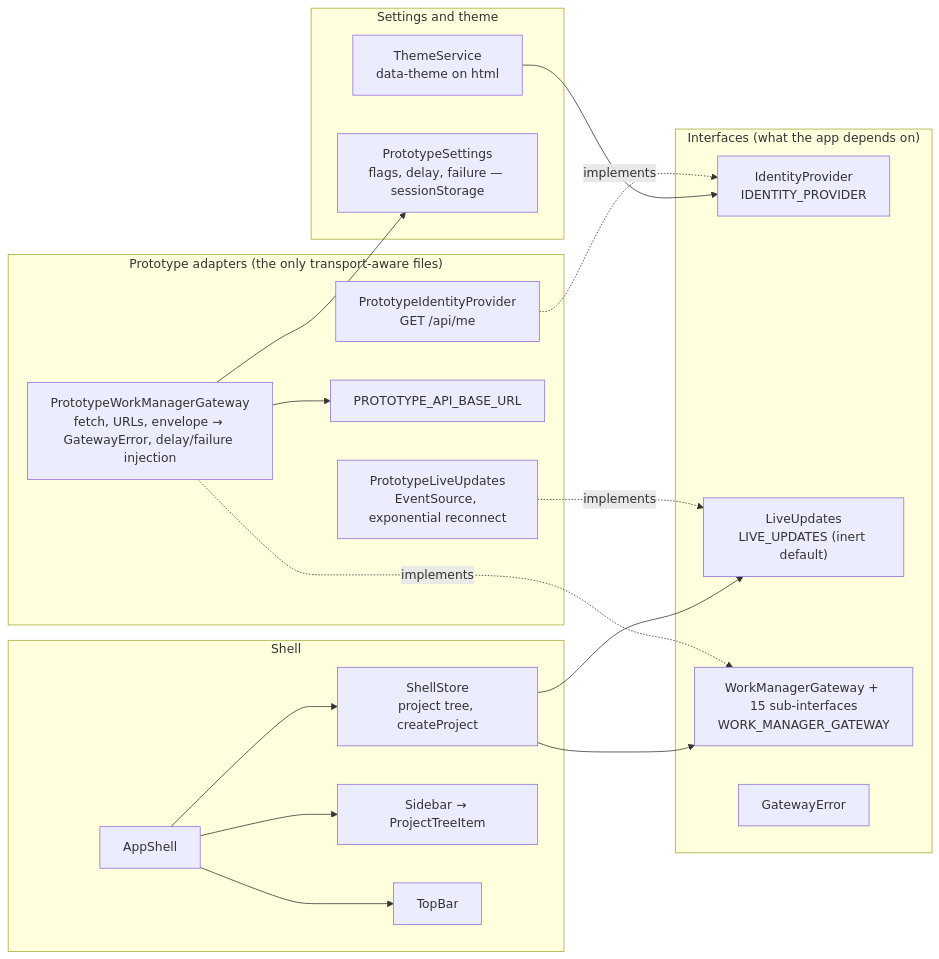
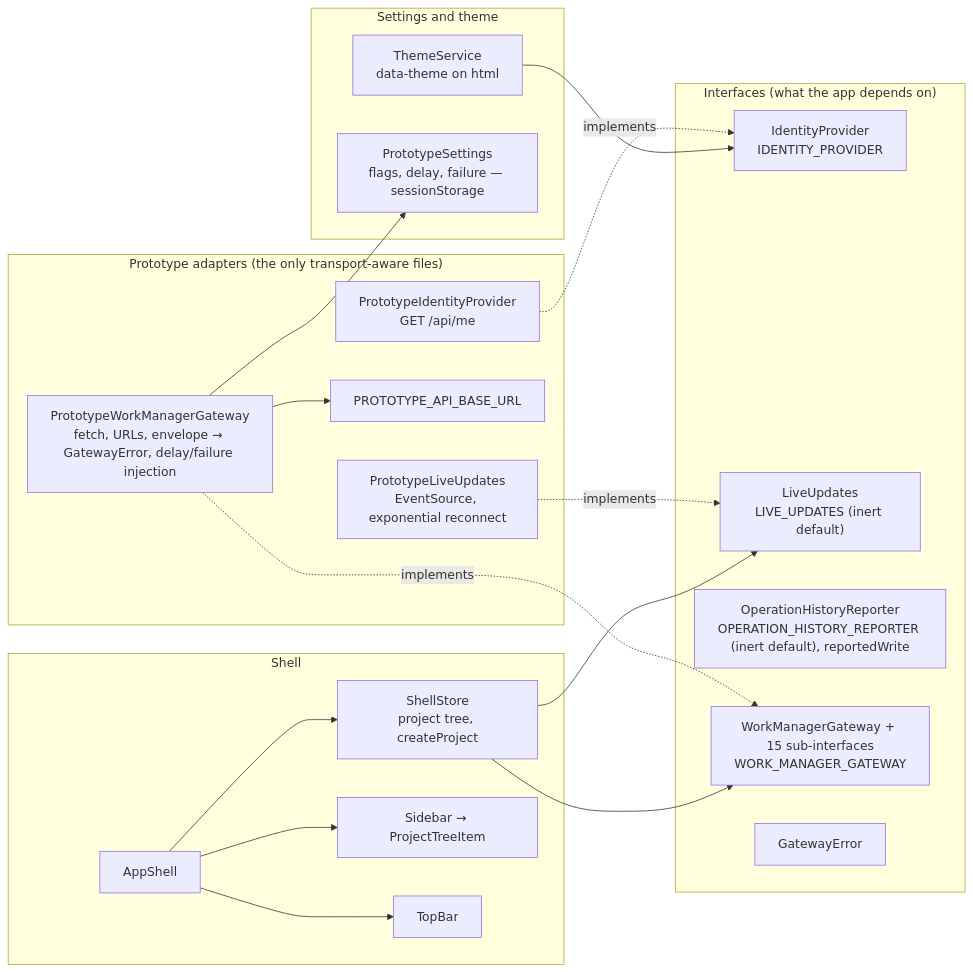
One commit to CalciteDragon/Canvas-work-manager-prototype changed the first of 2 diagrams in docs/architecture/web/core/what.md. Above: the diagram before and after it, drawn with Mermaid. The commit also changed other lines of this file and 22 other files, not shown here.

Commit message:
docs: architecture, guides and budget for the header history controls (Slice 41, §§26, 31, 54, 61-63)

````diff
--- a/docs/architecture/web/core/what.md
+++ b/docs/architecture/web/core/what.md
@@ -5,34 +5,35 @@
 ```mermaid
 flowchart LR
   subgraph ports["Interfaces (what the app depends on)"]
     id["IdentityProvider<br/>IDENTITY_PROVIDER"]
     lu["LiveUpdates<br/>LIVE_UPDATES (inert default)"]
+    rep["OperationHistoryReporter<br/>OPERATION_HISTORY_REPORTER (inert default), reportedWrite"]
     gw["WorkManagerGateway + 15 sub-interfaces<br/>WORK_MANAGER_GATEWAY"]
     err["GatewayError"]
   end
   subgraph adapters["Prototype adapters (the only transport-aware files)"]
     pid["PrototypeIdentityProvider<br/>GET /api/me"]
     pgw["PrototypeWorkManagerGateway<br/>fetch, URLs, envelope → GatewayError, delay/failure injection"]
     cfg["PROTOTYPE_API_BASE_URL"]
     plu["PrototypeLiveUpdates<br/>EventSource, exponential reconnect"]
   end
   subgraph settings["Settings and theme"]
     th["ThemeService<br/>data-theme on html"]
     ps["PrototypeSettings<br/>flags, delay, failure — sessionStorage"]
   end
   subgraph shell["Shell"]
     as["AppShell"]
     ss["ShellStore<br/>project tree, createProject"]
     sb["Sidebar → ProjectTreeItem"]
     tb["TopBar"]
   end
   pgw -. implements .-> gw
   pid -. implements .-> id
   plu -. implements .-> lu
   pgw --> cfg
   pgw --> ps
   as --> ss --> gw
   ss --> lu
   as --> sb & tb
   th --> id
 ```
````
